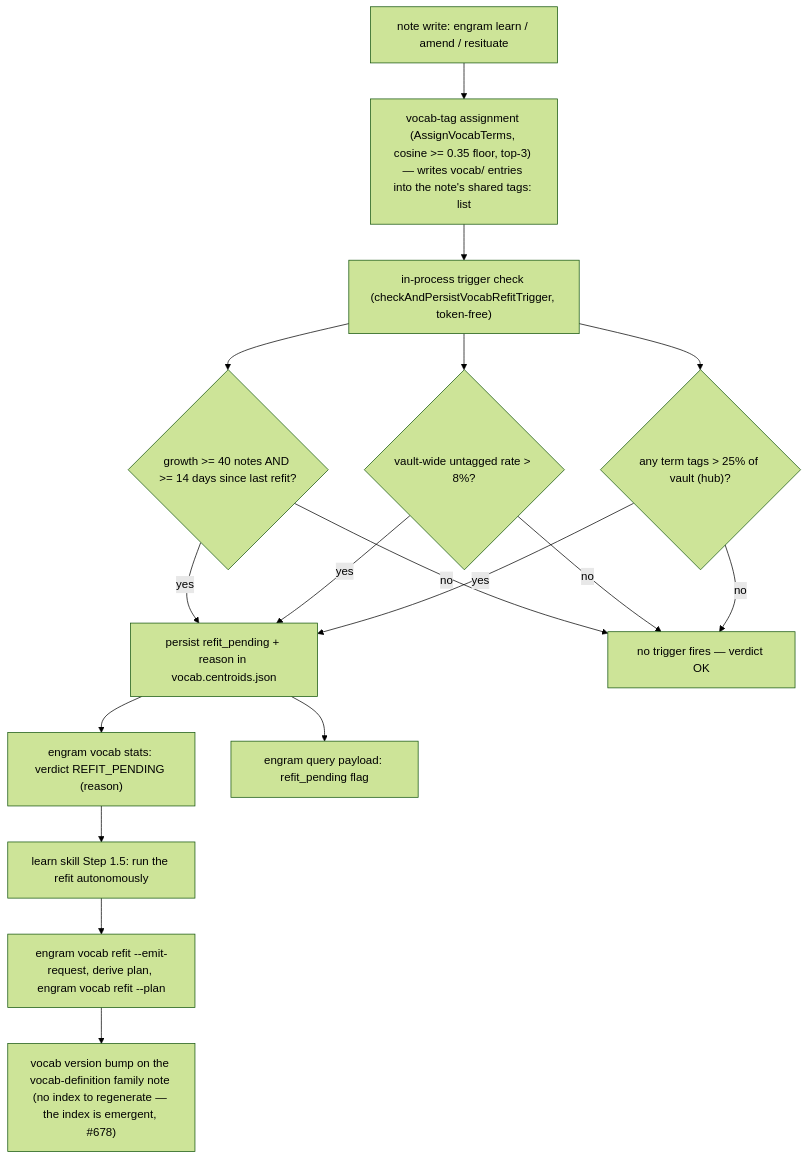
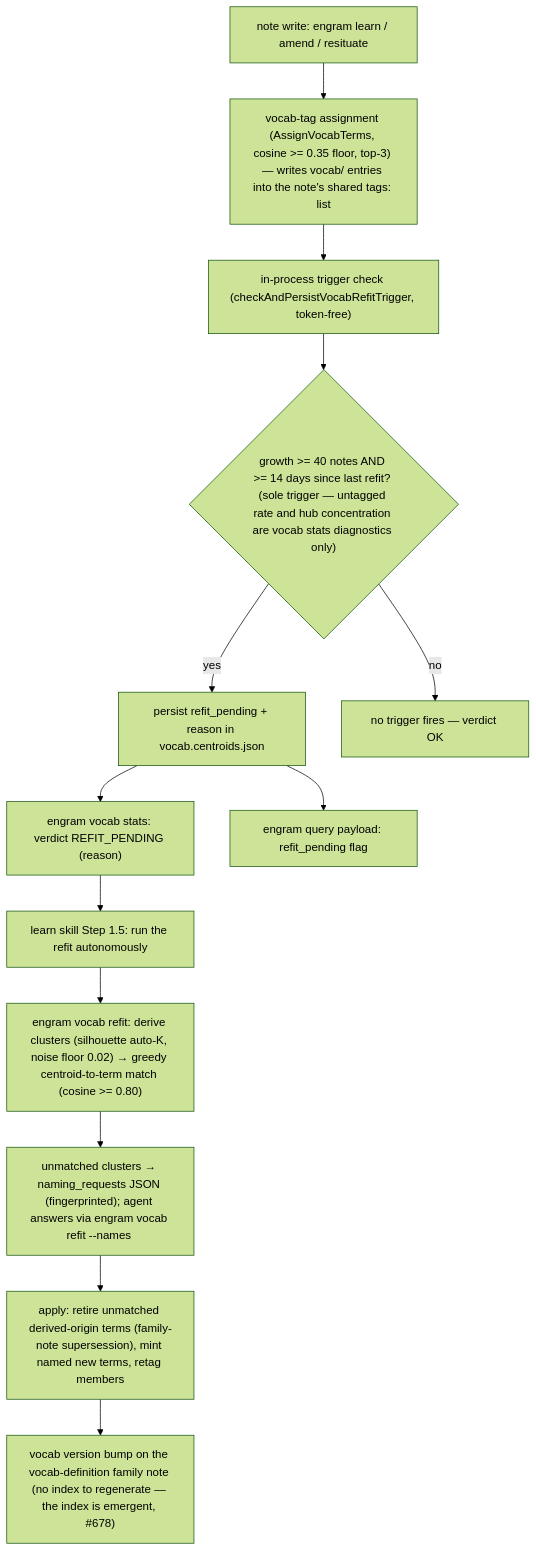
The seventh of 8 diagrams in docs/architecture/c2-containers.md (toejough/engram), drawn with Mermaid (forest theme) before and after one commit. The commit also changed other lines of this file and 5 other files, not shown here.

First line of the commit message:
docs(vocab): scrub docs for derivational refit

````diff
--- a/docs/architecture/c2-containers.md
+++ b/docs/architecture/c2-containers.md
@@ -237,19 +237,15 @@
 ```mermaid
 flowchart TD
     W["note write: engram learn / amend / resituate"] --> D["vocab-tag assignment (AssignVocabTerms, cosine >= 0.35 floor, top-3) — writes vocab/<term> entries into the note's shared tags: list"]
     D --> TR["in-process trigger check (checkAndPersistVocabRefitTrigger, token-free)"]
-    TR --> G{"growth >= 40 notes AND >= 14 days since last refit?"}
-    TR --> U{"vault-wide untagged rate > 8%?"}
-    TR --> H{"any term tags > 25% of vault (hub)?"}
+    TR --> G{"growth >= 40 notes AND >= 14 days since last refit? (sole trigger — untagged rate and hub concentration are vocab stats diagnostics only)"}
     G -->|yes| RP["persist refit_pending + reason in vocab.centroids.json"]
-    U -->|yes| RP
-    H -->|yes| RP
     G -->|no| OK["no trigger fires — verdict OK"]
-    U -->|no| OK
-    H -->|no| OK
     RP --> ST["engram vocab stats: verdict REFIT_PENDING (reason)"]
     RP --> PF["engram query payload: refit_pending flag"]
     ST --> L15["learn skill Step 1.5: run the refit autonomously"]
-    L15 --> ER["engram vocab refit --emit-request, derive plan, engram vocab refit --plan"]
-    ER --> VB["vocab version bump on the vocab-definition family note (no index to regenerate — the index is emergent, #678)"]
+    L15 --> DR["engram vocab refit: derive clusters (silhouette auto-K, noise floor 0.02) → greedy centroid-to-term match (cosine >= 0.80)"]
+    DR --> NR["unmatched clusters → naming_requests JSON (fingerprinted); agent answers via engram vocab refit --names <file>"]
+    NR --> AP["apply: retire unmatched derived-origin terms (family-note supersession), mint named new terms, retag members"]
+    AP --> VB["vocab version bump on the vocab-definition family note (no index to regenerate — the index is emergent, #678)"]
 ```
````
